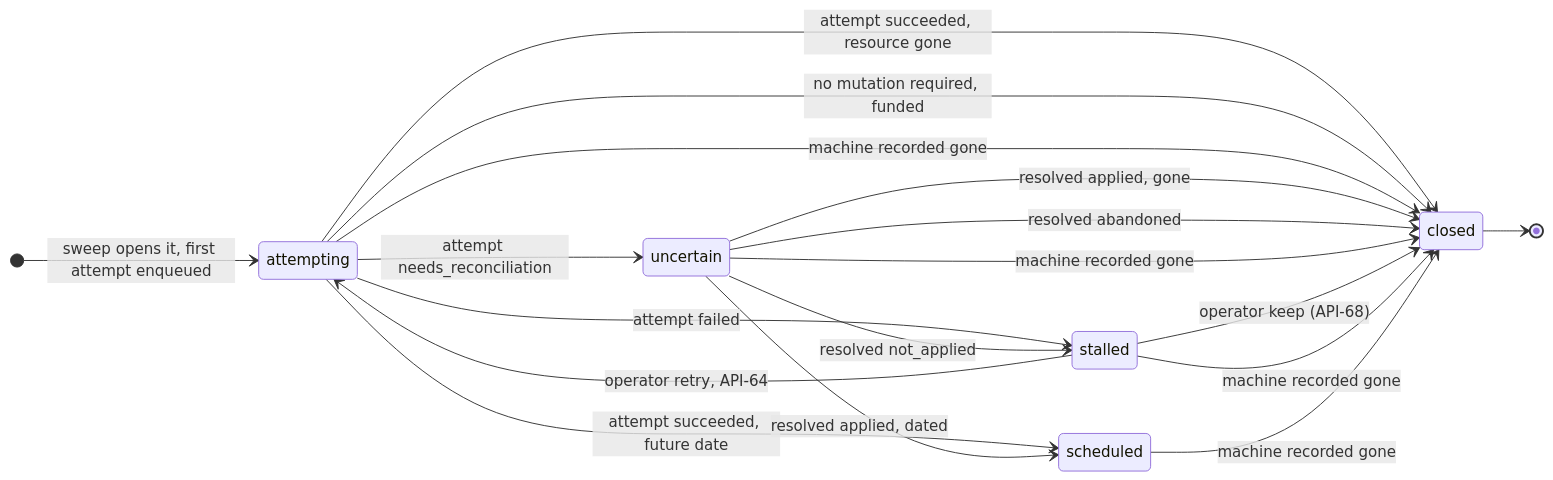
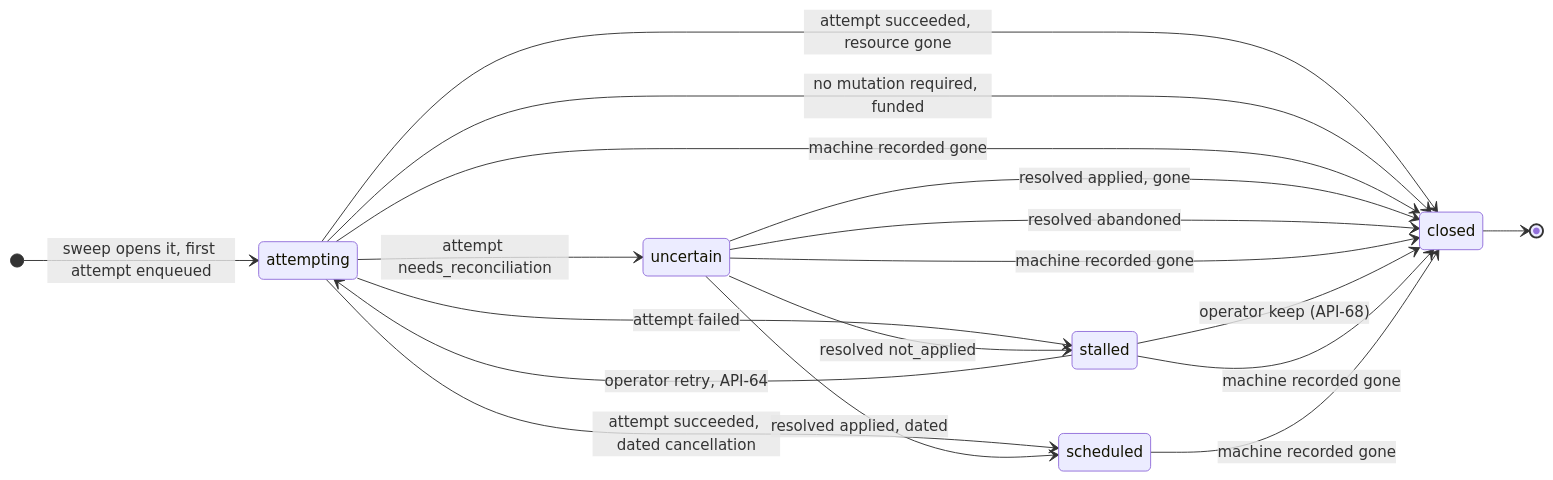
Before and after one commit to douglaz/provisiond: the diagram in 01-domain-model.md, drawn with Mermaid. The commit also changed 10 other files, not shown here.

````diff
--- a/01-domain-model.md
+++ b/01-domain-model.md
@@ -226,21 +226,21 @@
 ```mermaid
 stateDiagram-v2
     direction LR
     [*] --> attempting : sweep opens it, first attempt enqueued
     attempting --> closed : attempt succeeded, resource gone
     attempting --> closed : no mutation required, funded
-    attempting --> scheduled : attempt succeeded, future date
+    attempting --> scheduled : attempt succeeded, dated cancellation
     attempting --> stalled : attempt failed
     attempting --> uncertain : attempt needs_reconciliation
     attempting --> closed : machine recorded gone
     uncertain --> scheduled : resolved applied, dated
     uncertain --> closed : resolved applied, gone
     uncertain --> stalled : resolved not_applied
     uncertain --> closed : resolved abandoned
     uncertain --> closed : machine recorded gone
     stalled --> attempting : operator retry, API-64
     stalled --> closed : operator keep (API-68)
     stalled --> closed : machine recorded gone
     scheduled --> closed : machine recorded gone
     closed --> [*]
 ```
````
